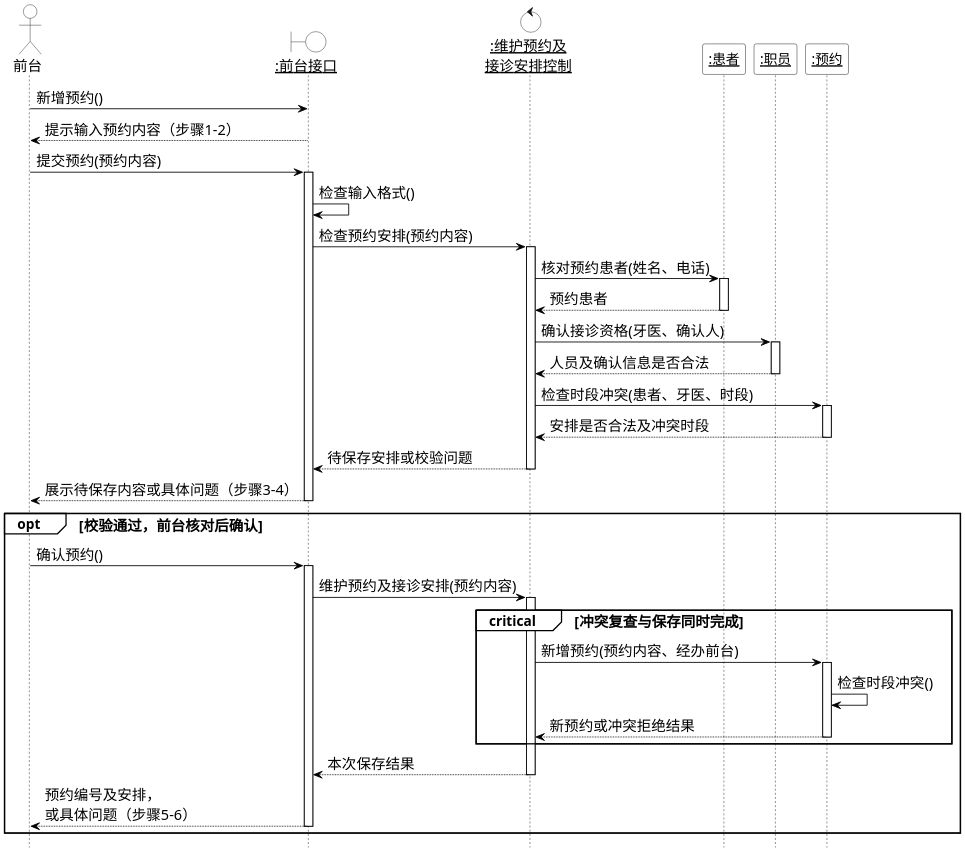
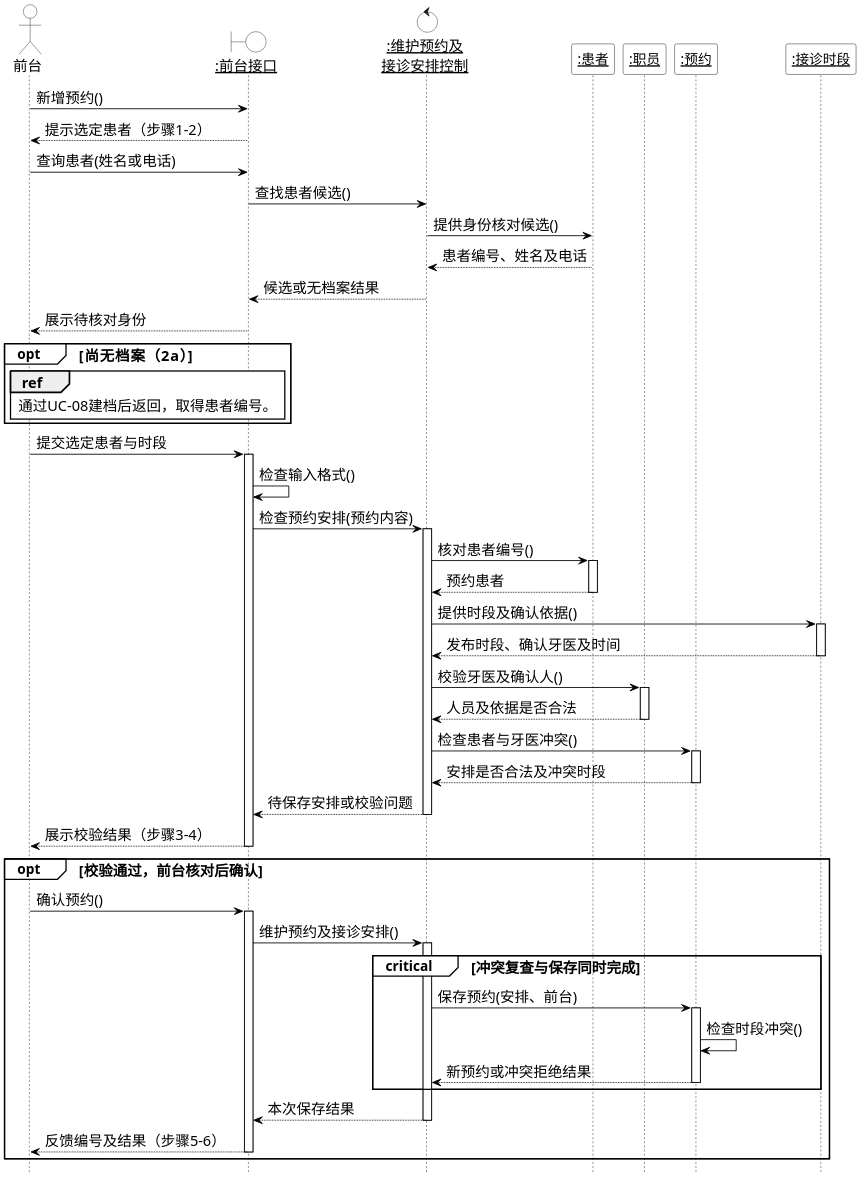
One commit to Shawmc-creator/systemAnalyseAndDesign changed the diagram in 01-需求文档/diagrams/13-01-analysis-sequence.puml. Above: the diagram before and after it, drawn with PlantUML. The commit also changed 50 other files, not shown here.

Commit message:
Revise requirements document and analysis diagrams

```diff
--- a/01-需求文档/diagrams/13-01-analysis-sequence.puml
+++ b/01-需求文档/diagrams/13-01-analysis-sequence.puml
@@ -1,71 +1,87 @@
 @startuml
 hide footbox
 skinparam backgroundColor white
 skinparam shadowing false
 skinparam defaultFontName SimSun
 skinparam defaultFontSize 17
 skinparam dpi 200
-skinparam maxMessageSize 150
+skinparam maxMessageSize 180
 skinparam sequence {
  ArrowColor black
  ArrowFontSize 17
  LifeLineBorderColor black
  LifeLineBackgroundColor white
  ParticipantBorderColor black
  ParticipantBackgroundColor white
  GroupBorderColor black
  GroupBackgroundColor white
  GroupHeaderFontSize 16
  ParticipantFontSize 16
  ReferenceBackgroundColor white
  ReferenceBorderColor black
 }
 skinparam NoteBackgroundColor white
 skinparam NoteBorderColor black
 actor "前台" as A #white
 boundary "<u>:前台接口</u>" as B #white
 control "<u>:维护预约及</u>\n<u>接诊安排控制</u>" as K #white
 participant "<u>:患者</u>" as P
 participant "<u>:职员</u>" as S
 participant "<u>:预约</u>" as R
+participant "<u>:接诊时段</u>" as T
 A -> B : 新增预约()
-B --> A : 提示输入预约内容（步骤1-2）
-A -> B : 提交预约(预约内容)
+B --> A : 提示选定患者（步骤1-2）
+A -> B : 查询患者(姓名或电话)
+B -> K : 查找患者候选()
+K -> P : 提供身份核对候选()
+P --> K : 患者编号、姓名及电话
+K --> B : 候选或无档案结果
+B --> A : 展示待核对身份
+opt 尚无档案（2a）
+ ref over A,B
+  通过UC-08建档后返回，取得患者编号。
+ end ref
+end
+A -> B : 提交选定患者与时段
 activate B
 B -> B : 检查输入格式()
 B -> K : 检查预约安排(预约内容)
 activate K
-K -> P : 核对预约患者(姓名、电话)
+K -> P : 核对患者编号()
 activate P
 P --> K : 预约患者
 deactivate P
-K -> S : 确认接诊资格(牙医、确认人)
+K -> T : 提供时段及确认依据()
+activate T
+T --> K : 发布时段、确认牙医及时间
+deactivate T
+K -> S : 校验牙医及确认人()
 activate S
-S --> K : 人员及确认信息是否合法
+S --> K : 人员及依据是否合法
 deactivate S
-K -> R : 检查时段冲突(患者、牙医、时段)
+K -> R : 检查患者与牙医冲突()
 activate R
 R --> K : 安排是否合法及冲突时段
 deactivate R
 K --> B : 待保存安排或校验问题
 deactivate K
-B --> A : 展示待保存内容或具体问题（步骤3-4）
+B --> A : 展示校验结果（步骤3-4）
 deactivate B
 opt 校验通过，前台核对后确认
 A -> B : 确认预约()
 activate B
-B -> K : 维护预约及接诊安排(预约内容)
+B -> K : 维护预约及接诊安排()
 activate K
 critical 冲突复查与保存同时完成
-K -> R : 新增预约(预约内容、经办前台)
+K -> R : 保存预约(安排、前台)
 activate R
 R -> R : 检查时段冲突()
 R --> K : 新预约或冲突拒绝结果
 deactivate R
 end
 K --> B : 本次保存结果
 deactivate K
-B --> A : 预约编号及安排，或具体问题（步骤5-6）
+B --> A : 反馈编号及结果（步骤5-6）
 deactivate B
 end
 @enduml
```
